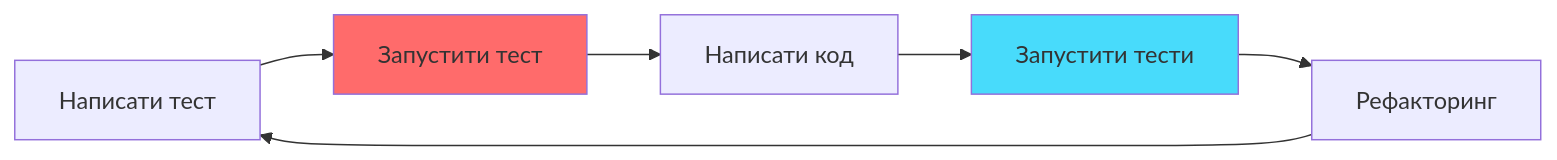
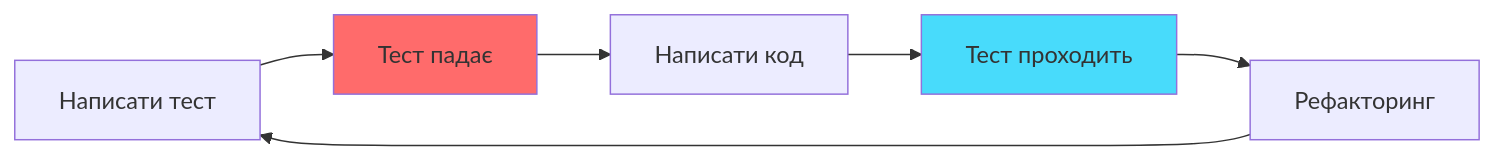
The ninth of 9 diagrams in presentations/presentation-12.md (olroi421/course-opi-v2), drawn with Mermaid before and after one commit. The commit also changed other lines of this file and 9 other files, not shown here.

````diff
--- a/presentations/presentation-12.md
+++ b/presentations/presentation-12.md
@@ -417,11 +527,11 @@
 ```mermaid
 graph LR
-    A[Написати тест] --> B[Запустити тест]
+    A[Написати тест] --> B[Тест падає]
     B --> C[Написати код]
-    C --> D[Запустити тести]
+    C --> D[Тест проходить]
     D --> E[Рефакторинг]
     E --> A
 
     style B fill:#ff6b6b
     style D fill:#48dbfb
 ```
````
